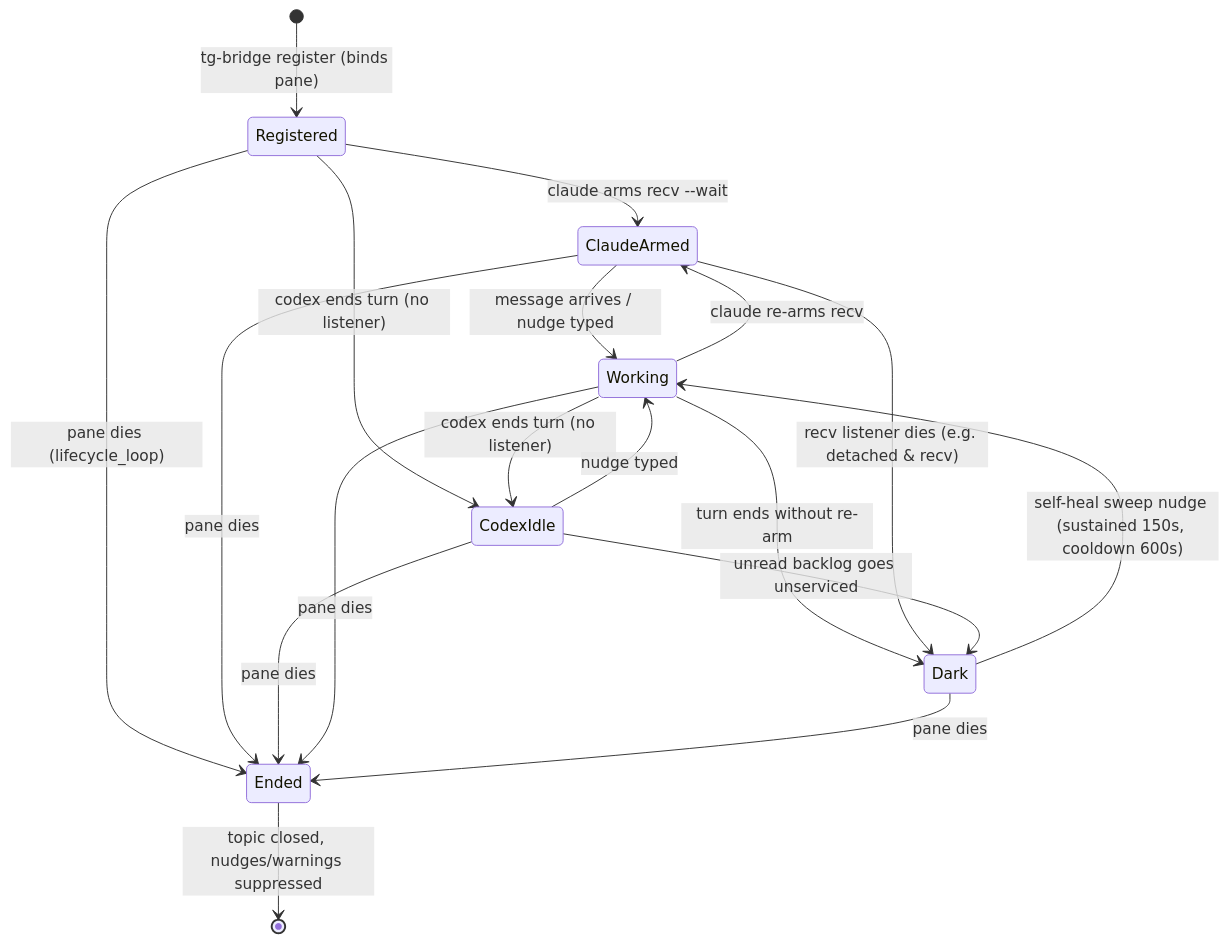
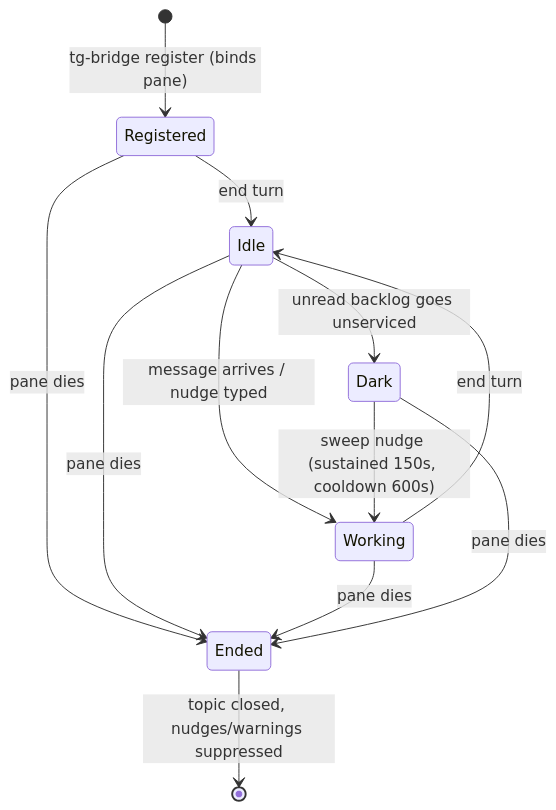
One commit to fedoseevstanislav/agent-telegram-bridge changed the fourth of 5 diagrams in docs/SPECIFICATION.md. Above: the diagram before and after it, drawn with Mermaid. The commit also changed other lines of this file and 27 other files, not shown here.

````diff
--- a/docs/SPECIFICATION.md
+++ b/docs/SPECIFICATION.md
@@ -266,20 +267,14 @@
 ```mermaid
 stateDiagram-v2
     [*] --> Registered : tg-bridge register (binds pane)
-    Registered --> ClaudeArmed : claude arms recv --wait
-    Registered --> CodexIdle : codex ends turn (no listener)
-    ClaudeArmed --> Working : message arrives / nudge typed
-    CodexIdle --> Working : nudge typed
-    Working --> ClaudeArmed : claude re-arms recv
-    Working --> CodexIdle : codex ends turn (no listener)
-    Working --> Dark : turn ends without re-arm
-    ClaudeArmed --> Dark : recv listener dies (e.g. detached & recv)
-    CodexIdle --> Dark : unread backlog goes unserviced
-    Dark --> Working : self-heal sweep nudge (sustained 150s, cooldown 600s)
-    Registered --> Ended : pane dies (lifecycle_loop)
-    ClaudeArmed --> Ended : pane dies
-    CodexIdle --> Ended : pane dies
+    Registered --> Idle : end turn
+    Idle --> Working : message arrives / nudge typed
+    Working --> Idle : end turn
+    Idle --> Dark : unread backlog goes unserviced
+    Dark --> Working : sweep nudge (sustained 150s, cooldown 600s)
+    Registered --> Ended : pane dies
+    Idle --> Ended : pane dies
     Working --> Ended : pane dies
     Dark --> Ended : pane dies
     Ended --> [*] : topic closed, nudges/warnings suppressed
 ```
````
